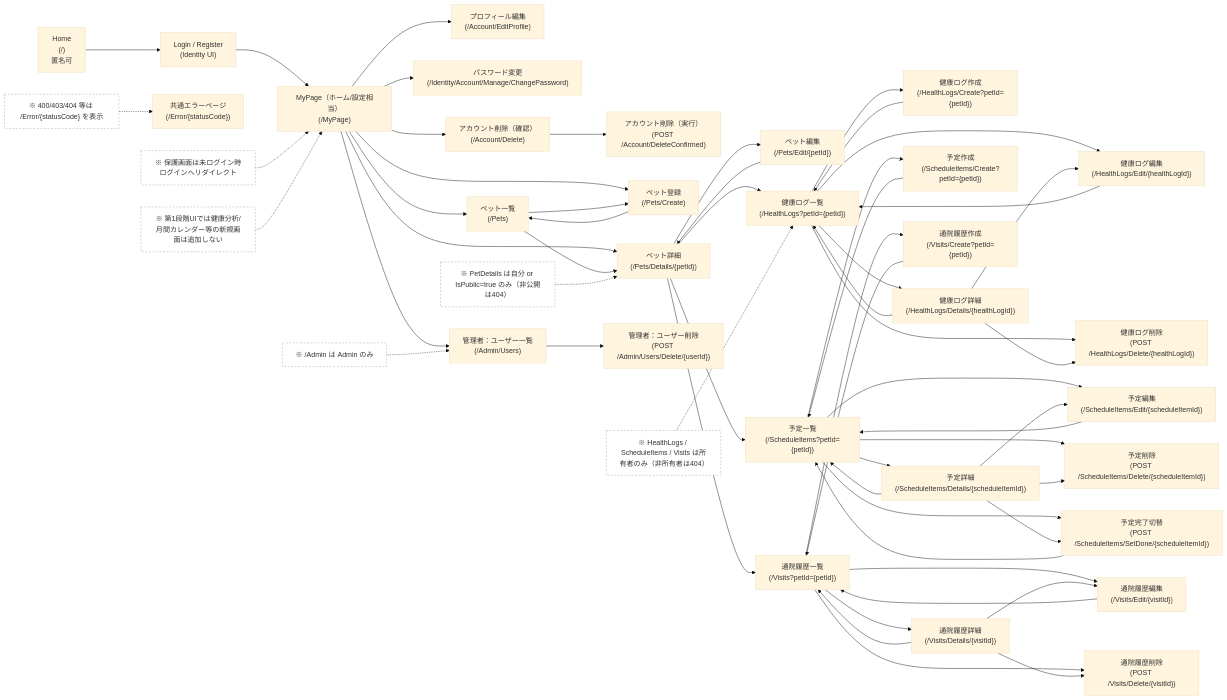
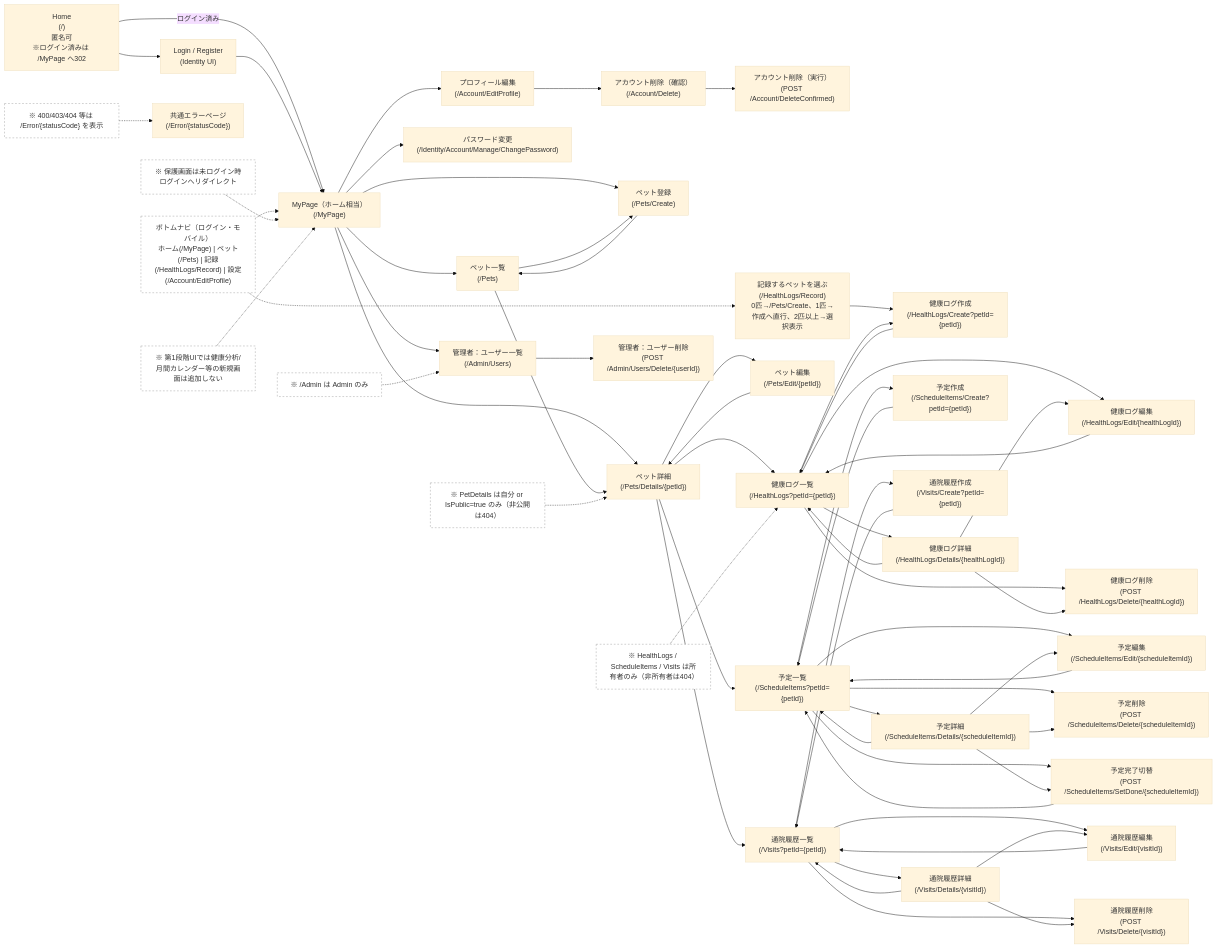
One commit to Cat5Dog2/PetHealthManagement changed the diagram in docs/screen-transition-diagram.md. Above: the diagram before and after it, drawn with Mermaid (base theme). The commit also changed 41 other files, not shown here.

````diff
--- a/docs/screen-transition-diagram.md
+++ b/docs/screen-transition-diagram.md
@@ -3,17 +3,25 @@
 ```mermaid
 flowchart LR
-  Home["Home<br/>(/)<br/>匿名可"] --> Login["Login / Register<br/>(Identity UI)"]
+  Home["Home<br/>(/)<br/>匿名可<br/>※ログイン済みは /MyPage へ302"] --> Login["Login / Register<br/>(Identity UI)"]
+  Home -->|ログイン済み| MyPage
 
-  Login --> MyPage["MyPage（ホーム/設定相当）<br/>(/MyPage)"]
+  Login --> MyPage["MyPage（ホーム相当）<br/>(/MyPage)"]
+
+  BottomNav["ボトムナビ（ログイン・モバイル）<br/>ホーム(/MyPage) | ペット(/Pets) | 記録(/HealthLogs/Record) | 設定(/Account/EditProfile)"]:::note
+  BottomNav -.-> MyPage
 
   MyPage --> EditProfile["プロフィール編集<br/>(/Account/EditProfile)"]
   MyPage --> ChangePassword["パスワード変更<br/>(/Identity/Account/Manage/ChangePassword)"]
-  MyPage --> AccountDelete["アカウント削除（確認）<br/>(/Account/Delete)"]
+  EditProfile --> AccountDelete["アカウント削除（確認）<br/>(/Account/Delete)"]
   AccountDelete --> AccountDeleteConfirmed["アカウント削除（実行）<br/>(POST /Account/DeleteConfirmed)"]
 
   MyPage --> PetsIndex["ペット一覧<br/>(/Pets)"]
   MyPage --> PetCreate["ペット登録<br/>(/Pets/Create)"]
   MyPage --> PetDetails["ペット詳細<br/>(/Pets/Details/{petId})"]
+
+  HealthLogRecord["記録するペットを選ぶ<br/>(/HealthLogs/Record)<br/>0匹→/Pets/Create、1匹→作成へ直行、2匹以上→選択表示"]
+  BottomNav -.-> HealthLogRecord
+  HealthLogRecord --> HealthLogCreate
 
   PetsIndex --> PetDetails
   PetsIndex --> PetCreate
````
